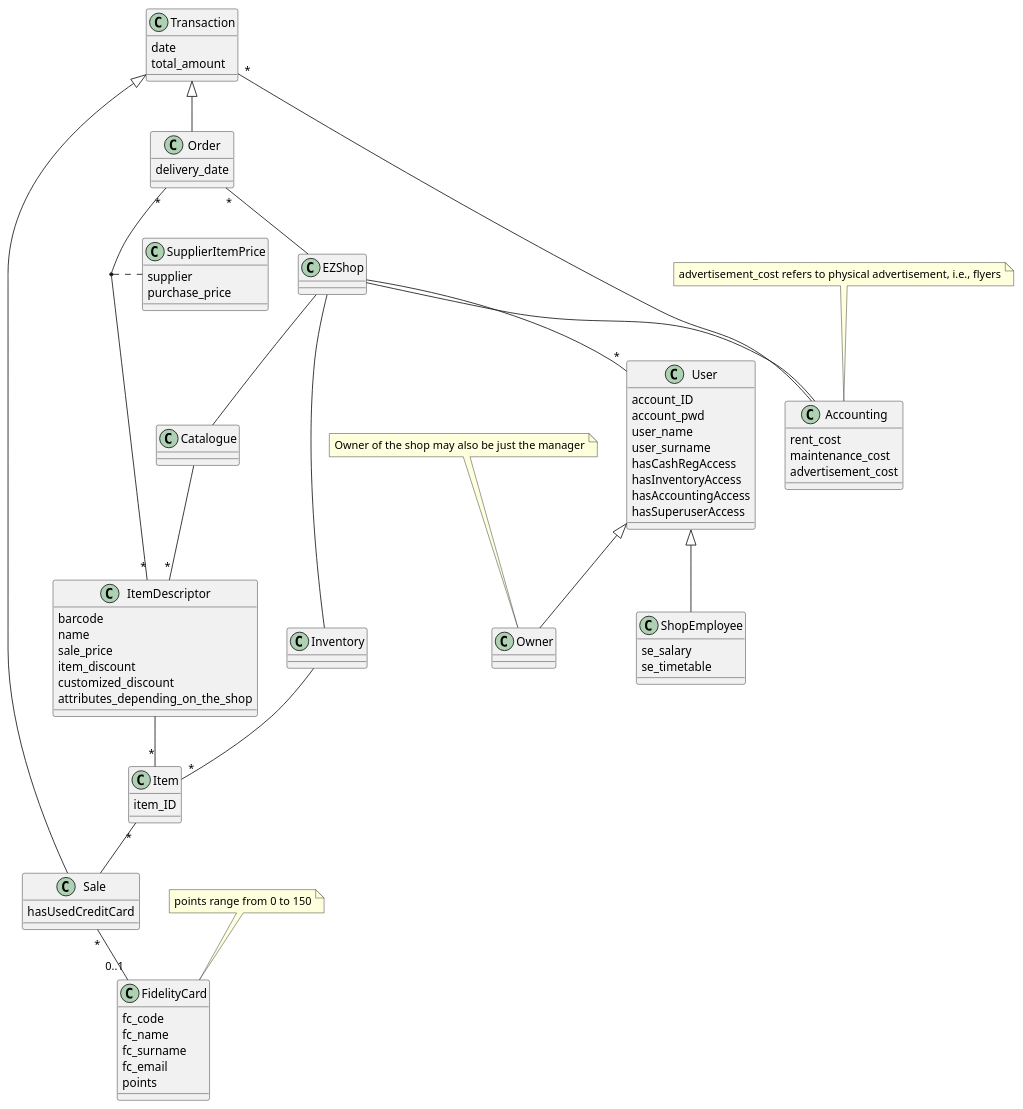
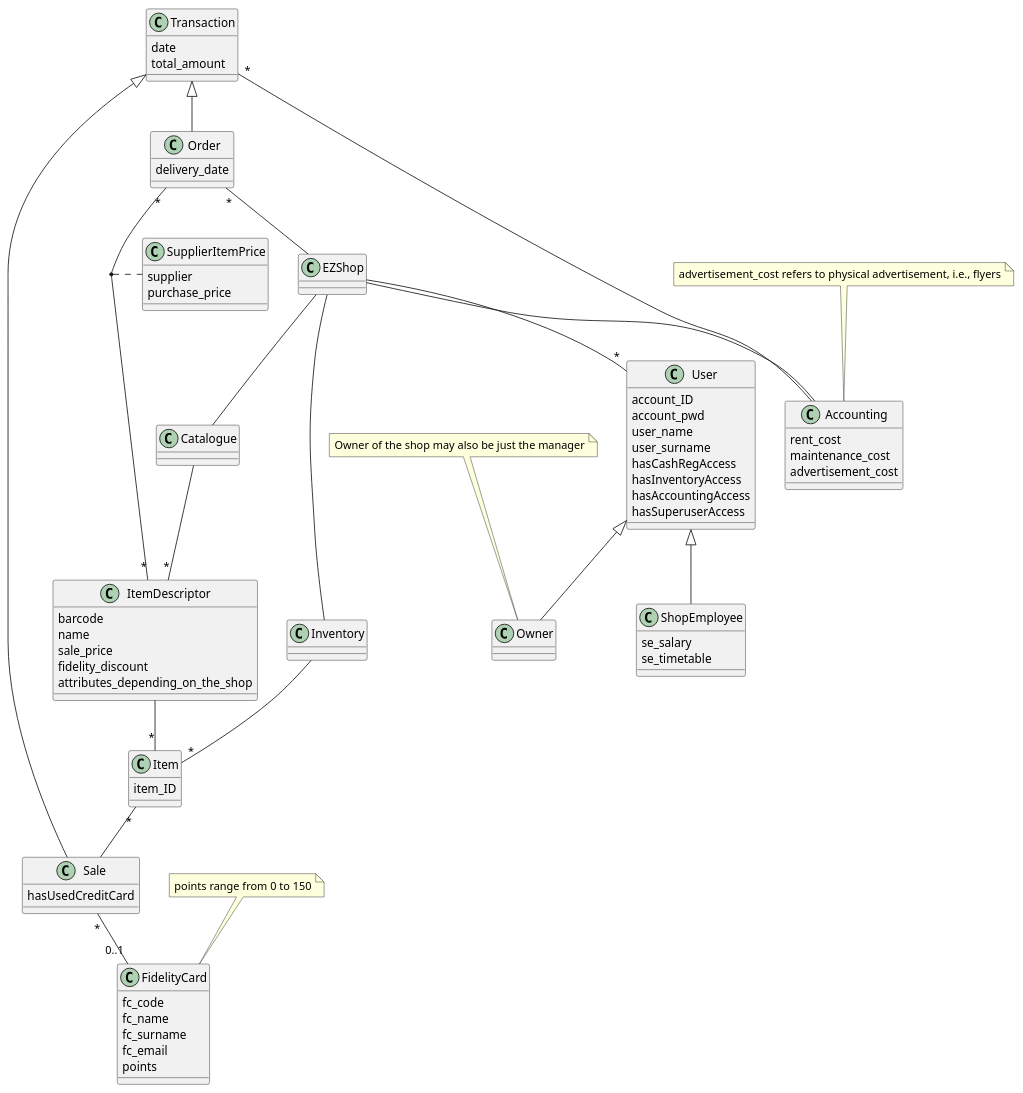
Before and after one commit to b3xul/ezshop: the third of 4 diagrams in Deliverables/RequirementsDocument.md, drawn with PlantUML. The commit also changed other lines of this file, not shown here.

```diff
--- a/Deliverables/RequirementsDocument.md
+++ b/Deliverables/RequirementsDocument.md
@@ -481,8 +469,7 @@
     barcode
     name
     sale_price
-    item_discount
-    customized_discount
+    fidelity_discount
     attributes_depending_on_the_shop
 }
 class Item{
```
